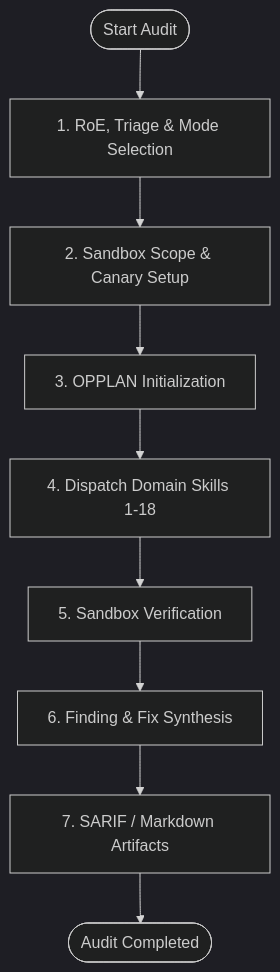
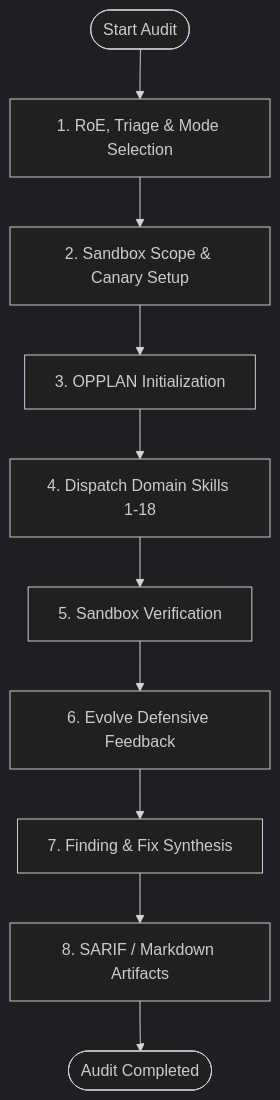
One commit to Lotargo/security_audit_plugin changed the diagram in skills/security-audit-orchestrator/SKILL.md. Above: the diagram before and after it, drawn with Mermaid (dark theme). The commit also changed other lines of this file, not shown here.

Commit message:
feat: teach orchestrator the Evolve feedback phase

````diff
--- a/skills/security-audit-orchestrator/SKILL.md
+++ b/skills/security-audit-orchestrator/SKILL.md
@@ -13,11 +13,12 @@
 ```mermaid
 flowchart TD
     Start([Start Audit]) --> Triage[1. RoE, Triage & Mode Selection]
     Triage --> Scope[2. Sandbox Scope & Canary Setup]
     Scope --> Plan[3. OPPLAN Initialization]
     Plan --> Dispatch[4. Dispatch Domain Skills 1-18]
     Dispatch --> Verify[5. Sandbox Verification]
-    Verify --> Synthesis[6. Finding & Fix Synthesis]
-    Synthesis --> Report[7. SARIF / Markdown Artifacts]
+    Verify --> Evolve[6. Evolve Defensive Feedback]
+    Evolve --> Synthesis[7. Finding & Fix Synthesis]
+    Synthesis --> Report[8. SARIF / Markdown Artifacts]
     Report --> End([Audit Completed])
 ```
````
